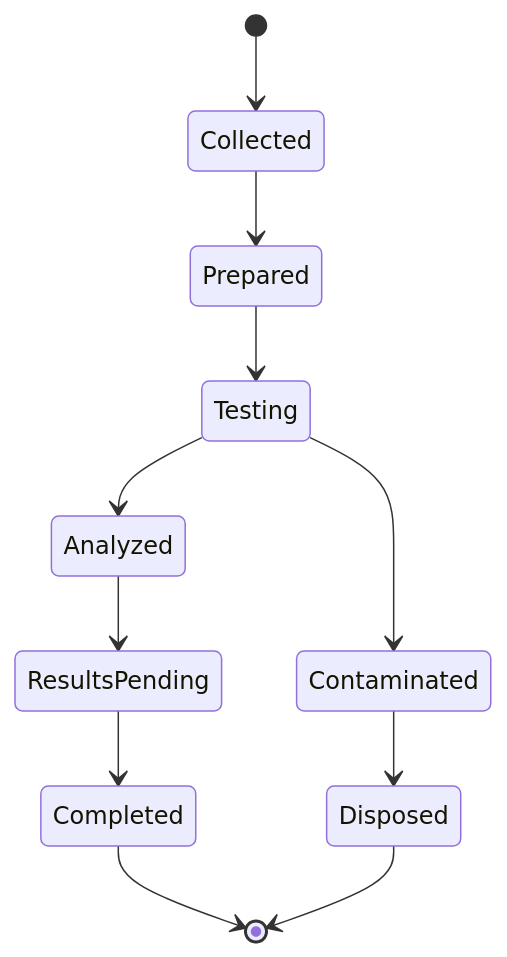
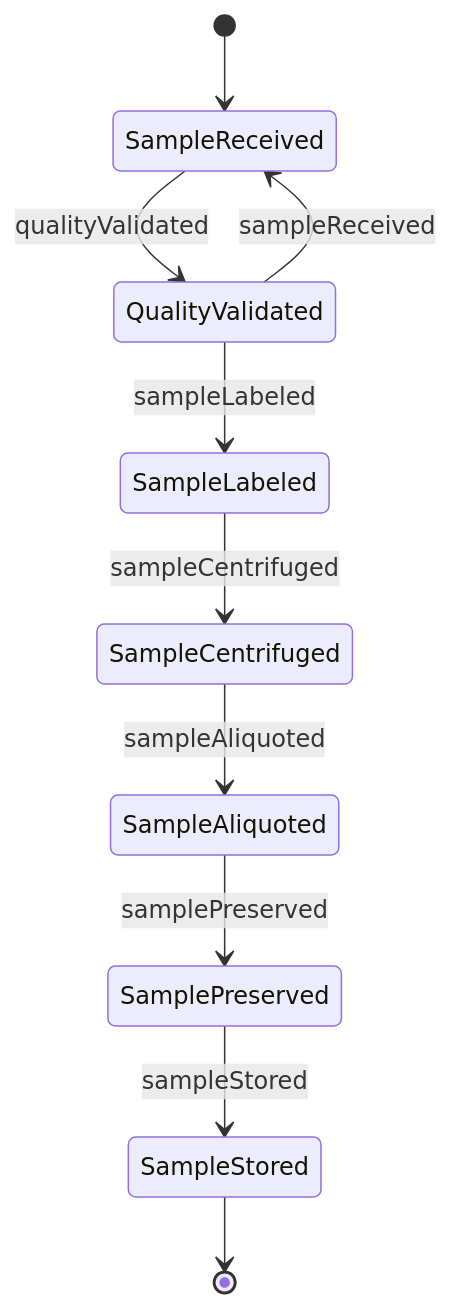
The second of 4 diagrams in HandlingAndMovingObjects/PrepareSpecimensOrMaterialsForTesting/PrepareBiologicalSamplesTestingAnalysis.mdx (dot-org-ai/tasks.org.ai), drawn with Mermaid before and after one commit. The commit also changed other lines of this file and 515 other files, not shown here.

````diff
--- a/HandlingAndMovingObjects/PrepareSpecimensOrMaterialsForTesting/PrepareBiologicalSamplesTestingAnalysis.mdx
+++ b/HandlingAndMovingObjects/PrepareSpecimensOrMaterialsForTesting/PrepareBiologicalSamplesTestingAnalysis.mdx
@@ -99,13 +99,12 @@
 ```mermaid
 stateDiagram-v2
-    [*] --> Collected
-    Collected --> Prepared
-    Prepared --> Testing
-    Testing --> Analyzed
-    Analyzed --> ResultsPending
-    ResultsPending --> Completed
-    Testing --> Contaminated
-    Contaminated --> Disposed
-    Completed --> [*]
-    Disposed --> [*]
+    [*] --> SampleReceived
+    SampleReceived --> QualityValidated : qualityValidated
+    QualityValidated --> SampleLabeled : sampleLabeled
+    SampleLabeled --> SampleCentrifuged : sampleCentrifuged
+    SampleCentrifuged --> SampleAliquoted : sampleAliquoted
+    SampleAliquoted --> SamplePreserved : samplePreserved
+    SamplePreserved --> SampleStored : sampleStored
+    QualityValidated --> SampleReceived : sampleReceived
+    SampleStored --> [*]
 ```
````
